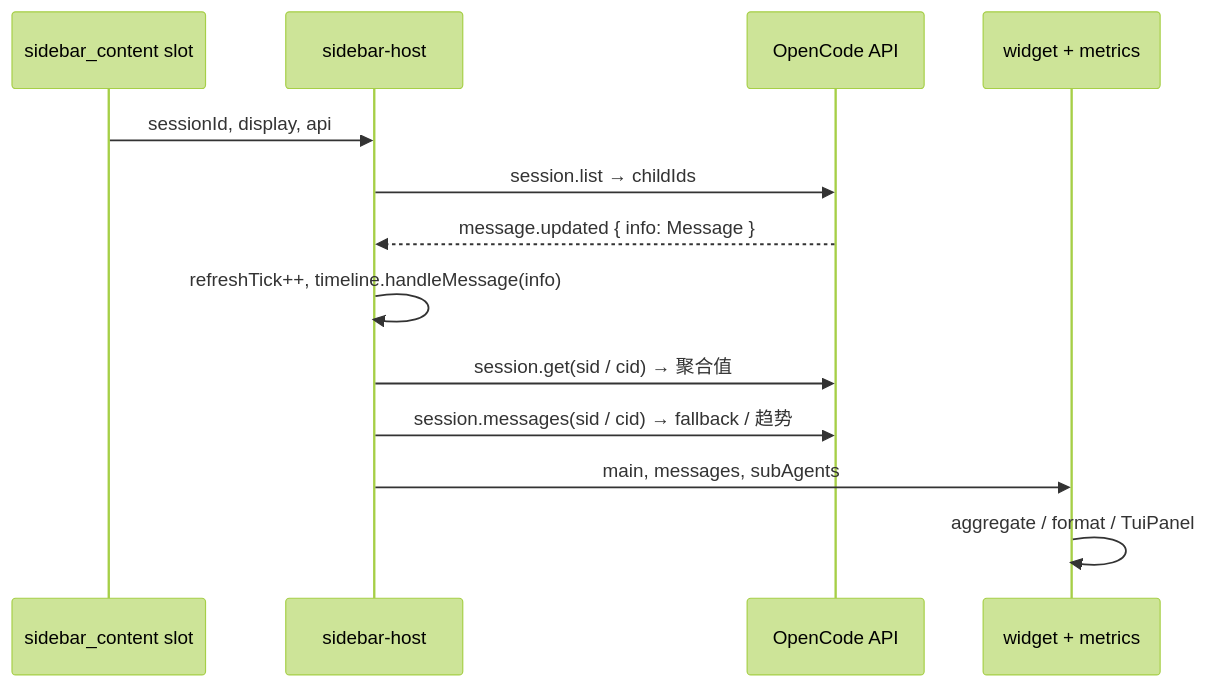
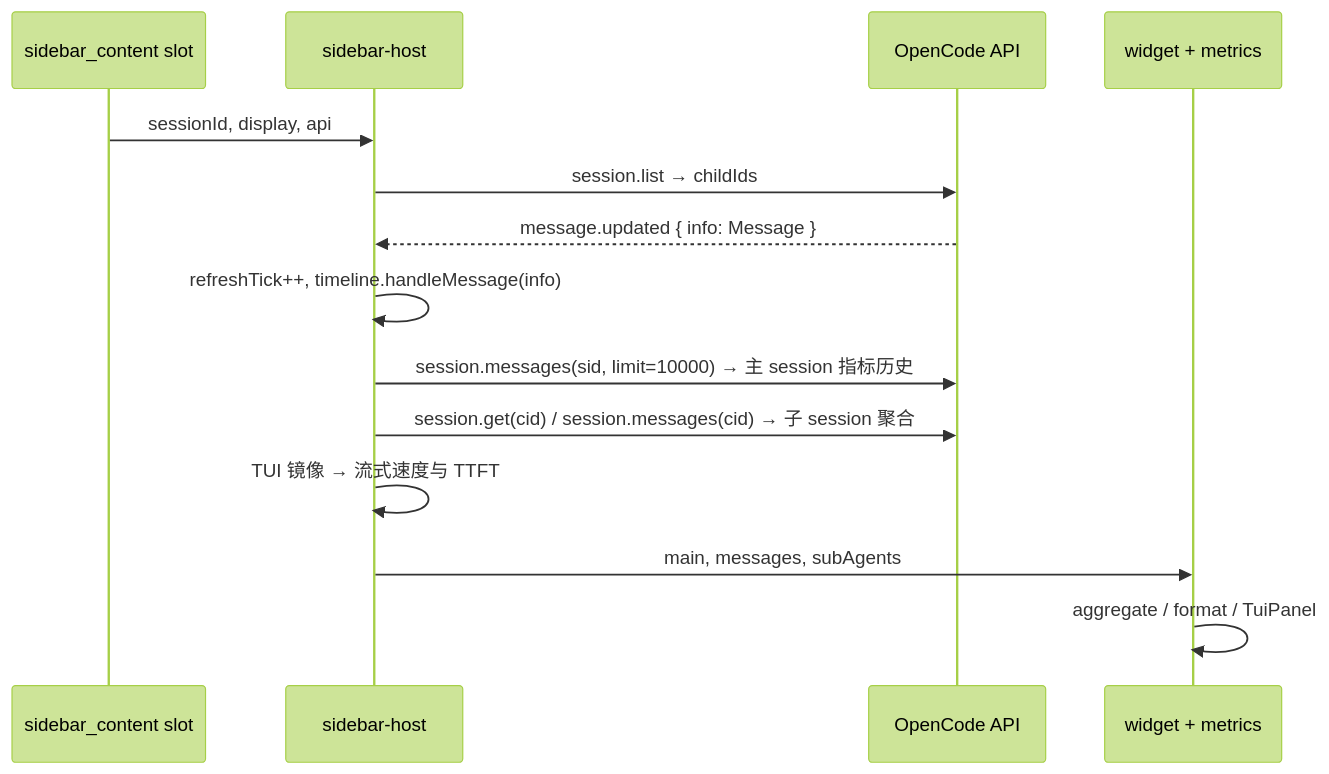
The second of 4 diagrams in docs/zh-CN/design.md (zhumengzhu/opencode-cache-hit), drawn with Mermaid (forest theme) before and after one commit. The commit also changed other lines of this file and 34 other files, not shown here.

````diff
--- a/docs/zh-CN/design.md
+++ b/docs/zh-CN/design.md
@@ -65,16 +68,17 @@
 ```mermaid
 sequenceDiagram
   participant Slot as sidebar_content slot
   participant Host as sidebar-host
   participant API as OpenCode API
   participant W as widget + metrics
 
   Slot->>Host: sessionId, display, api
   Host->>API: session.list → childIds
   API-->>Host: message.updated { info: Message }
   Host->>Host: refreshTick++, timeline.handleMessage(info)
-  Host->>API: session.get(sid / cid) → 聚合值
-  Host->>API: session.messages(sid / cid) → fallback / 趋势
+  Host->>API: session.messages(sid, limit=10000) → 主 session 指标历史
+  Host->>API: session.get(cid) / session.messages(cid) → 子 session 聚合
+  Host->>Host: TUI 镜像 → 流式速度与 TTFT
   Host->>W: main, messages, subAgents
   W->>W: aggregate / format / TuiPanel
 ```
````
